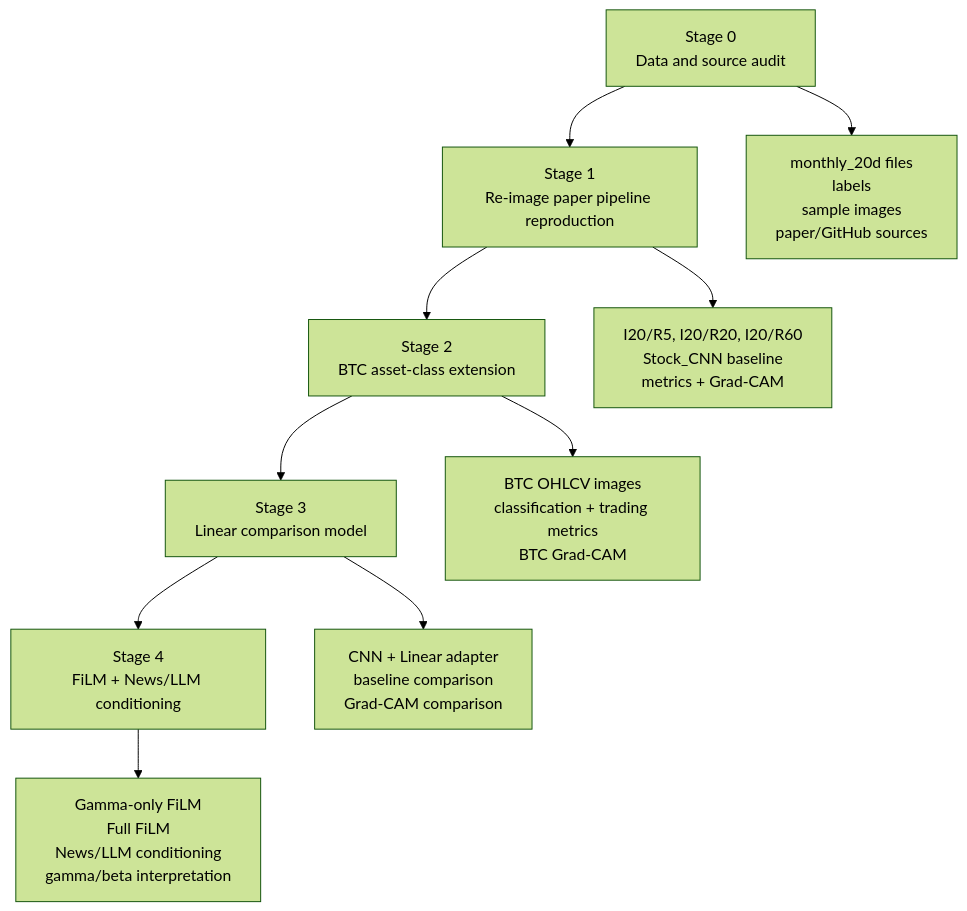
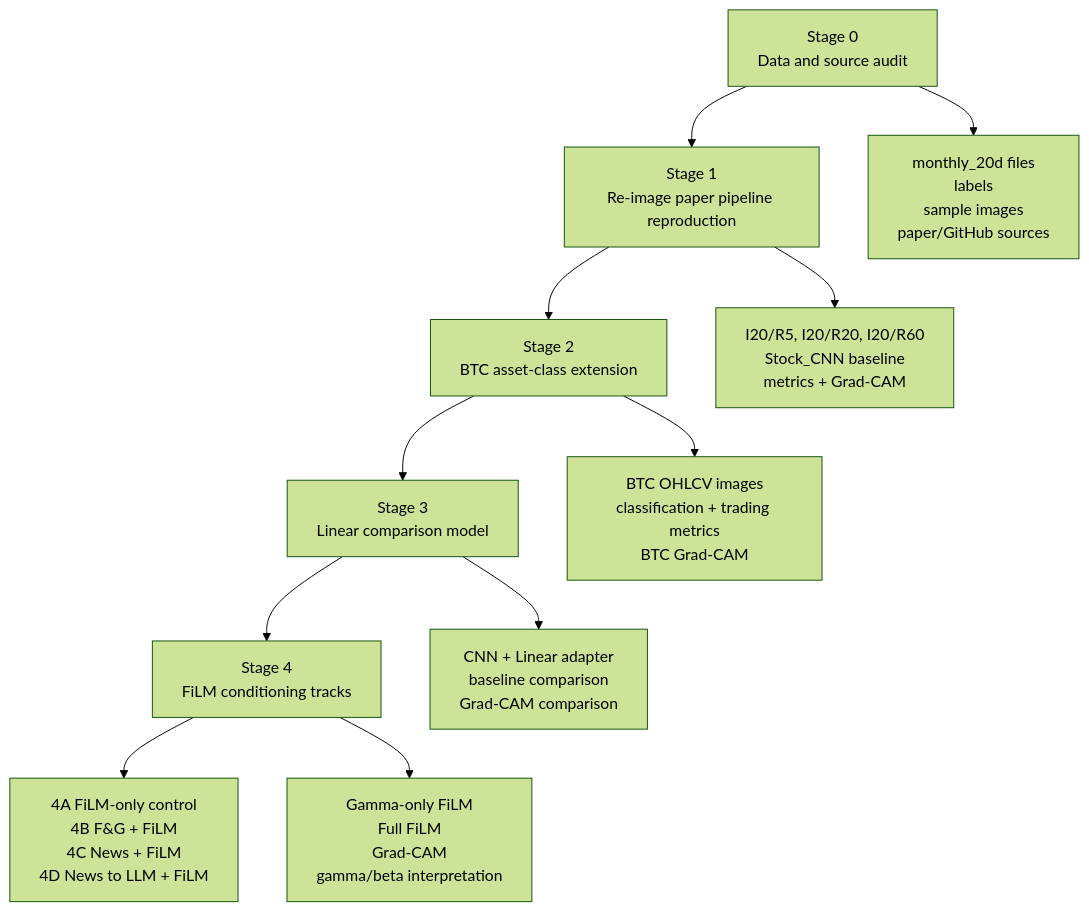
One commit to Jaehyeon-Jeong/Thesis changed the first of 2 diagrams in docs/overall_pipeline_diagram.md. Above: the diagram before and after it, drawn with Mermaid (forest theme). The commit also changed other lines of this file and 19 other files, not shown here.

Commit message:
Add stage4 FiLM conditioning scaffold

````diff
--- a/docs/overall_pipeline_diagram.md
+++ b/docs/overall_pipeline_diagram.md
@@ -5,13 +5,14 @@
 ```mermaid
 flowchart TD
     A[Stage 0<br/>Data and source audit] --> B[Stage 1<br/>Re-image paper pipeline reproduction]
     B --> C[Stage 2<br/>BTC asset-class extension]
     C --> D[Stage 3<br/>Linear comparison model]
-    D --> E[Stage 4<br/>FiLM + News/LLM conditioning]
+    D --> E[Stage 4<br/>FiLM conditioning tracks]
 
     A --> A1[monthly_20d files<br/>labels<br/>sample images<br/>paper/GitHub sources]
     B --> B1[I20/R5, I20/R20, I20/R60<br/>Stock_CNN baseline<br/>metrics + Grad-CAM]
     C --> C1[BTC OHLCV images<br/>classification + trading metrics<br/>BTC Grad-CAM]
     D --> D1[CNN + Linear adapter<br/>baseline comparison<br/>Grad-CAM comparison]
-    E --> E1[Gamma-only FiLM<br/>Full FiLM<br/>News/LLM conditioning<br/>gamma/beta interpretation]
+    E --> E1[4A FiLM-only control<br/>4B F&G + FiLM<br/>4C News + FiLM<br/>4D News to LLM + FiLM]
+    E --> E2[Gamma-only FiLM<br/>Full FiLM<br/>Grad-CAM<br/>gamma/beta interpretation]
 ```
````
